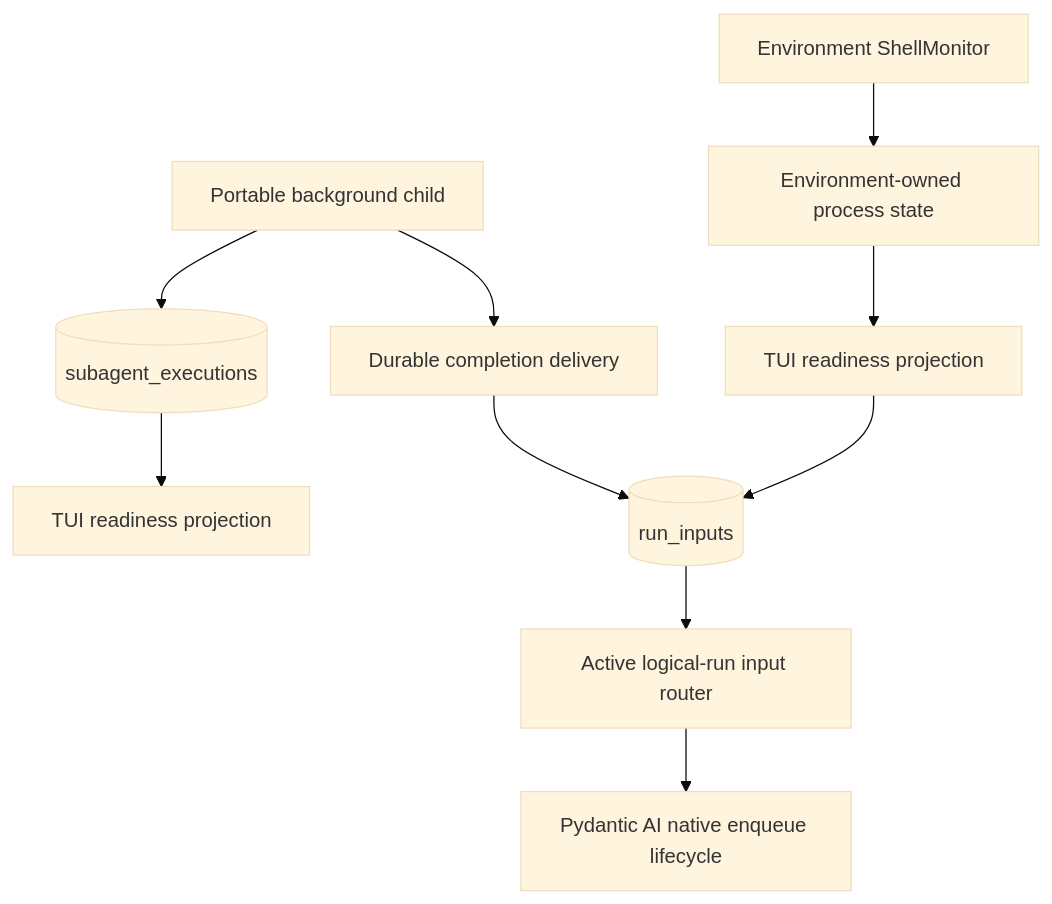
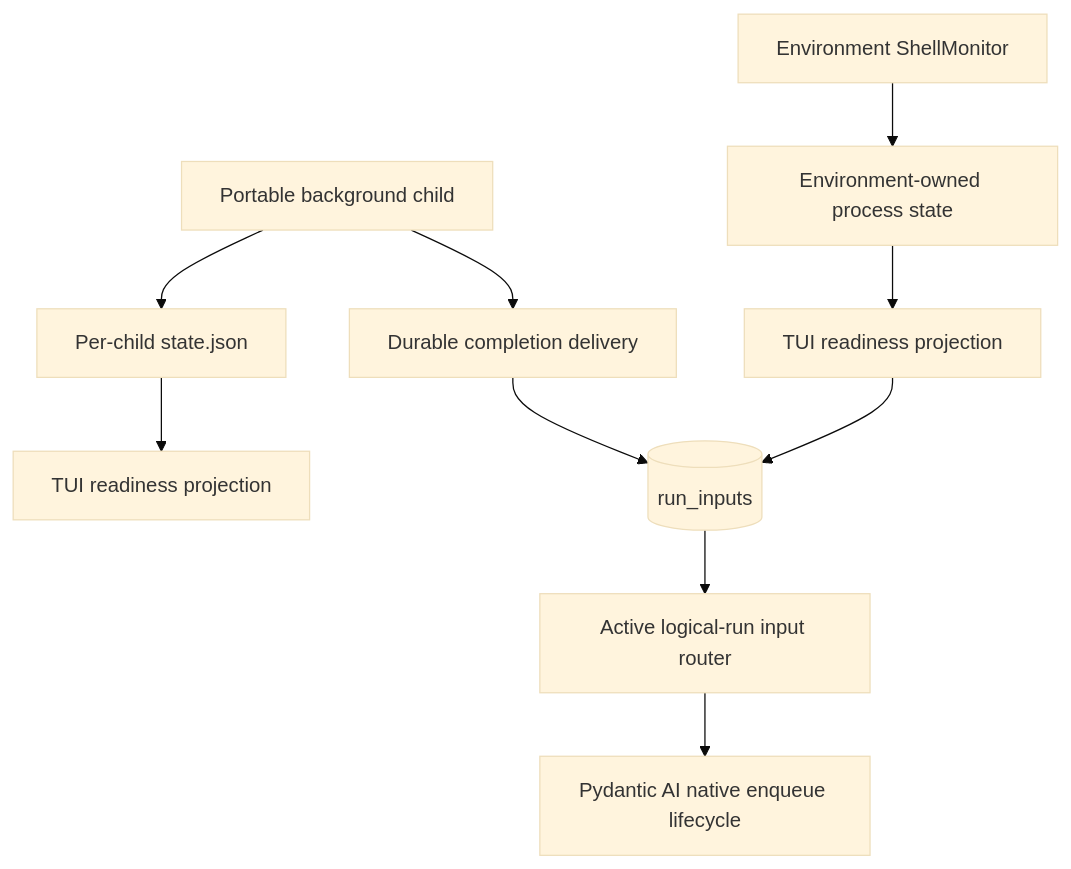
One commit to Wh1isper/ya-agent-sdk changed the second of 2 diagrams in packages/yaacli/spec/01-event-system.md. Above: the diagram before and after it, drawn with Mermaid (base theme). The commit also changed other lines of this file and 20 other files, not shown here.

````diff
--- a/packages/yaacli/spec/01-event-system.md
+++ b/packages/yaacli/spec/01-event-system.md
@@ -108,14 +109,14 @@
 ```mermaid
 flowchart TD
-    Child[Portable background child] --> ChildStore[(subagent_executions)]
+    Child[Portable background child] --> ChildStore[Per-child state.json]
     Child --> Delivery[Durable completion delivery]
     Delivery --> Inbox[(run_inputs)]
     ChildStore --> ChildProjection[TUI readiness projection]
 
     Shell[Environment ShellMonitor] --> ShellState[Environment-owned process state]
     ShellState --> ShellProjection[TUI readiness projection]
     ShellProjection --> Inbox
 
     Inbox --> Router[Active logical-run input router]
     Router --> PAI[Pydantic AI native enqueue lifecycle]
 ```
````
